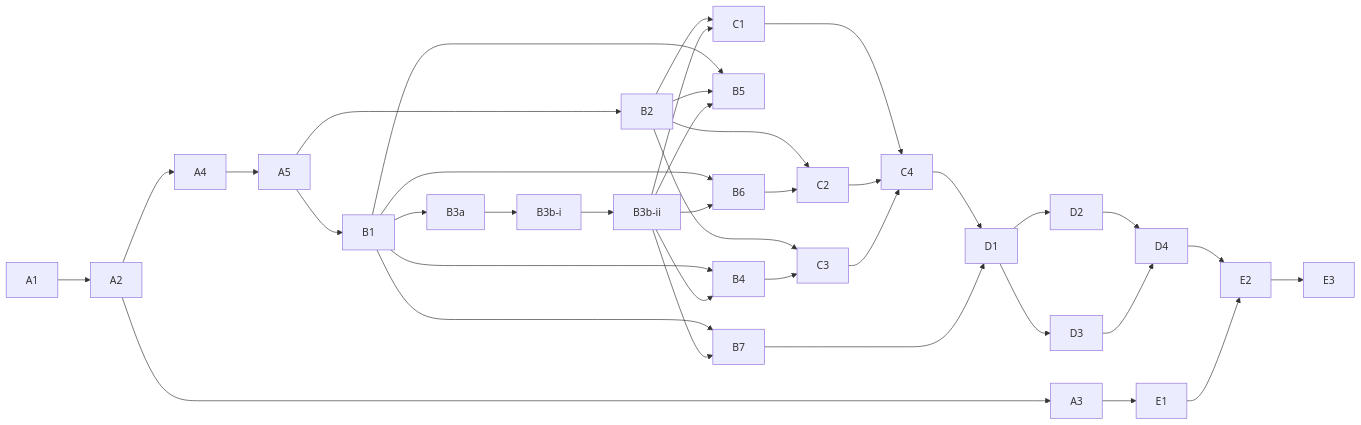
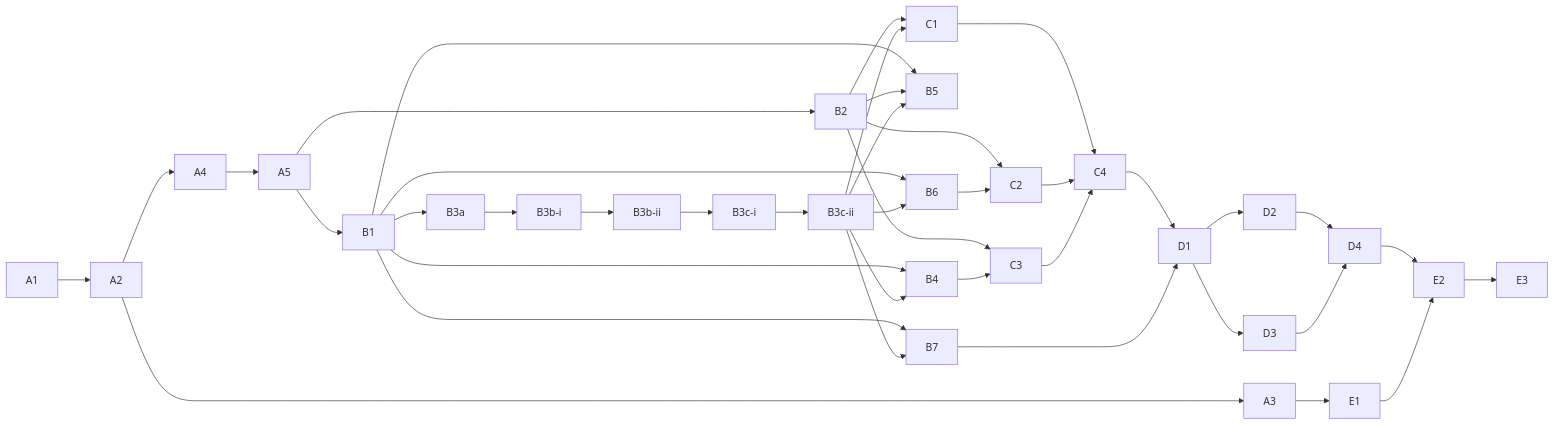
The diagram in tasks/BACKLOG.md (andreavadacchino/cPanel_self-migration), drawn with Mermaid before and after one commit. The commit also changed other lines of this file and 7 other files, not shown here.

````diff
--- a/tasks/BACKLOG.md
+++ b/tasks/BACKLOG.md
@@ -66,36 +71,36 @@
 ```mermaid
 graph LR
   A1-->A2
   A2-->A3
   A2-->A4-->A5
   A5-->B1
   A5-->B2
-  B1-->B3a-->B3b-i-->B3b-ii
+  B1-->B3a-->B3b-i-->B3b-ii-->B3c-i-->B3c-ii
   B1-->B4
-  B3b-ii-->B4
+  B3c-ii-->B4
   B1-->B5
   B2-->B5
-  B3b-ii-->B5
+  B3c-ii-->B5
   B1-->B6
-  B3b-ii-->B6
+  B3c-ii-->B6
   B1-->B7
-  B3b-ii-->B7
+  B3c-ii-->B7
   B2-->C1
-  B3b-ii-->C1
+  B3c-ii-->C1
   B2-->C2
   B6-->C2
   B2-->C3
   B4-->C3
   C1-->C4
   C2-->C4
   C3-->C4
   C4-->D1
   B7-->D1
   D1-->D2
   D1-->D3
   D2-->D4
   D3-->D4
   A3-->E1
   D4-->E2
   E1-->E2-->E3
 ```
````
